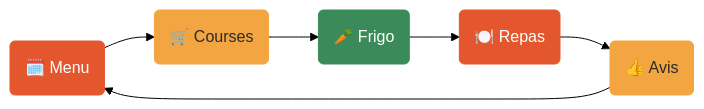
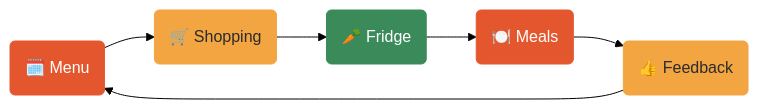
The diagram in README.md (RandomFab/meal-planner), drawn with Mermaid (forest theme) before and after one commit. The commit also changed other lines of this file and 2 other files, not shown here.

````diff
--- a/README.md
+++ b/README.md
@@ -40,14 +43,14 @@
 ```mermaid
 flowchart LR
-    A("🗓️ Menu") --> B("🛒 Courses")
-    B --> C("🥕 Frigo")
-    C --> D("🍽️ Repas")
-    D --> E("👍 Avis")
+    A("🗓️ Menu") --> B("🛒 Shopping")
+    B --> C("🥕 Fridge")
+    C --> D("🍽️ Meals")
+    D --> E("👍 Feedback")
     E --> A
     classDef tomato fill:#E4572E,stroke:#E4572E,color:#FFFFFF
     classDef saffron fill:#F2A541,stroke:#F2A541,color:#2B2B2B
     classDef herb fill:#3B8B5A,stroke:#3B8B5A,color:#FFFFFF
     class A,D tomato
     class B,E saffron
     class C herb
 ```
````
